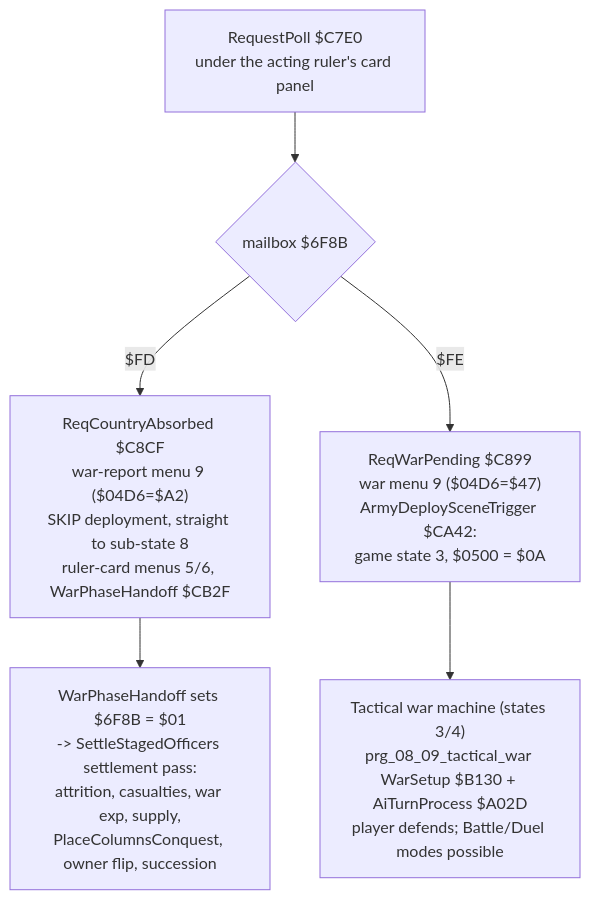
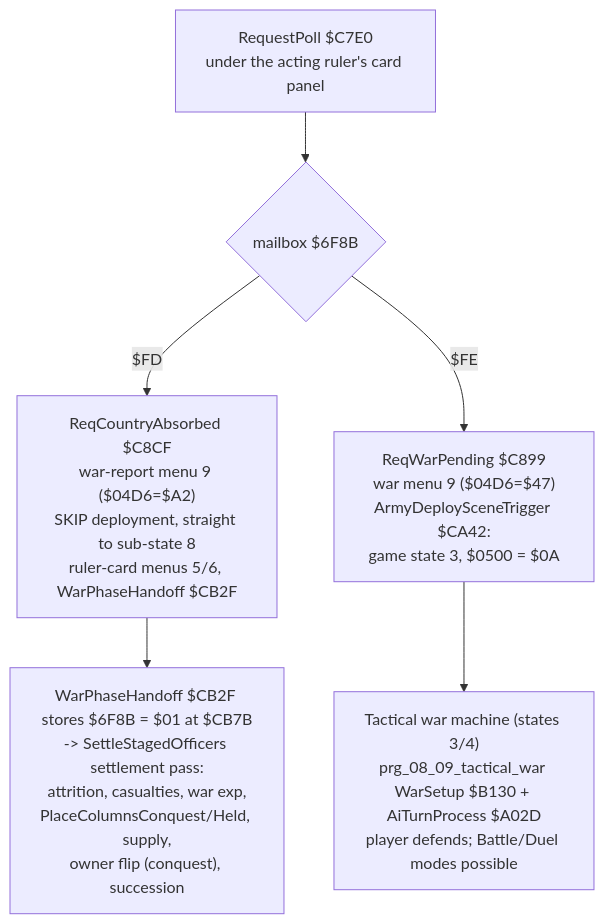
Before and after one commit to rabbyzero/sango2dasm: the sixth of 7 diagrams in code/ai_vs_ai_war_resolution.md, drawn with Mermaid. The commit also changed other lines of this file and 27 other files, not shown here.

````diff
--- a/code/ai_vs_ai_war_resolution.md
+++ b/code/ai_vs_ai_war_resolution.md
@@ -181,8 +184,8 @@
 ```mermaid
 flowchart TD
     RP["RequestPoll $C7E0<br/>under the acting ruler's card panel"] --> DEC{"mailbox $6F8B"}
     DEC -- "$FD" --> ABSD["ReqCountryAbsorbed $C8CF<br/>war-report menu 9 ($04D6=$A2)<br/>SKIP deployment, straight to sub-state 8<br/>ruler-card menus 5/6, WarPhaseHandoff $CB2F"]
     DEC -- "$FE" --> PEND["ReqWarPending $C899<br/>war menu 9 ($04D6=$47)<br/>ArmyDeploySceneTrigger $CA42:<br/>game state 3, $0500 = $0A"]
-    ABSD --> ACK["WarPhaseHandoff sets $6F8B = $01<br/>-> SettleStagedOfficers settlement pass:<br/>attrition, casualties, war exp, supply,<br/>PlaceColumnsConquest, owner flip, succession"]
+    ABSD --> ACK["WarPhaseHandoff $CB2F stores $6F8B = $01 at $CB7B<br/>-> SettleStagedOfficers settlement pass:<br/>attrition, casualties, war exp,<br/>PlaceColumnsConquest/Held, supply,<br/>owner flip (conquest), succession"]
     PEND --> TACT["Tactical war machine (states 3/4)<br/>prg_08_09_tactical_war WarSetup $B130 + AiTurnProcess $A02D<br/>player defends; Battle/Duel modes possible"]
 ```
````
